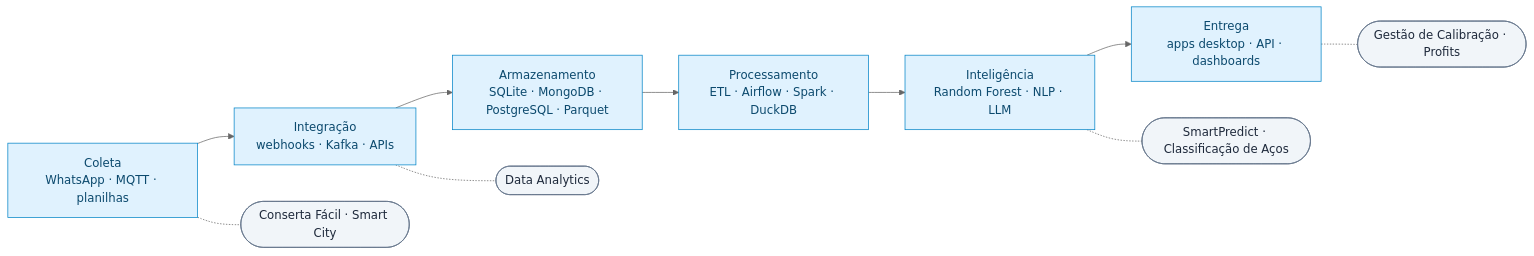
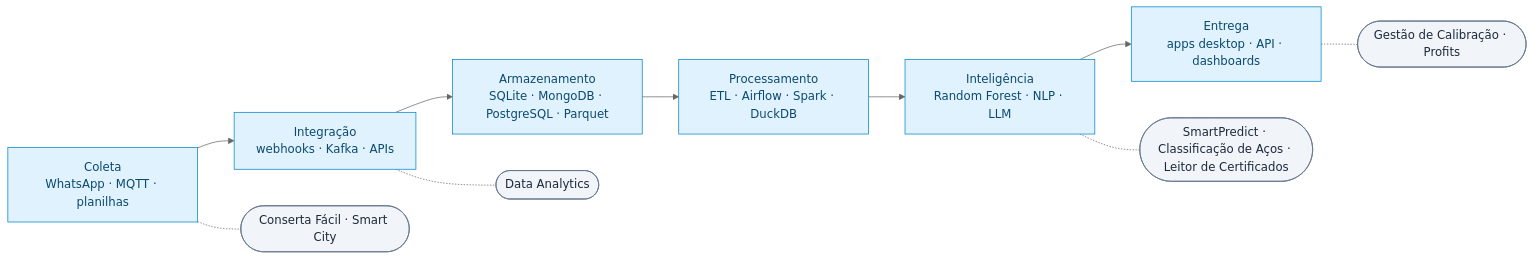
Before and after one commit to jcesarmph-ui/jcesarmph-ui: the first of 2 diagrams in README.pt-BR.md, drawn with Mermaid (neutral theme). The commit also changed other lines of this file and 1 other file, not shown here.

First line of the commit message:
Adiciona o Leitor de Certificados com IA ao perfil

````diff
--- a/README.pt-BR.md
+++ b/README.pt-BR.md
@@ -59,18 +59,18 @@
 ```mermaid
 flowchart LR
     A["Coleta<br/>WhatsApp · MQTT · planilhas"] --> B["Integração<br/>webhooks · Kafka · APIs"]
     B --> C["Armazenamento<br/>SQLite · MongoDB · PostgreSQL · Parquet"]
     C --> D["Processamento<br/>ETL · Airflow · Spark · DuckDB"]
     D --> E["Inteligência<br/>Random Forest · NLP · LLM"]
     E --> F["Entrega<br/>apps desktop · API · dashboards"]
 
     A -.- P1(["Conserta Fácil · Smart City"])
     B -.- P2(["Data Analytics"])
-    E -.- P3(["SmartPredict · Classificação de Aços"])
+    E -.- P3(["SmartPredict · Classificação de Aços · Leitor de Certificados"])
     F -.- P4(["Gestão de Calibração · Profits"])
 
     classDef etapa fill:#E0F2FE,stroke:#0284C7,color:#0C4A6E
     classDef projeto fill:#F1F5F9,stroke:#64748B,color:#1E293B
     class A,B,C,D,E,F etapa
     class P1,P2,P3,P4 projeto
 ```
````
